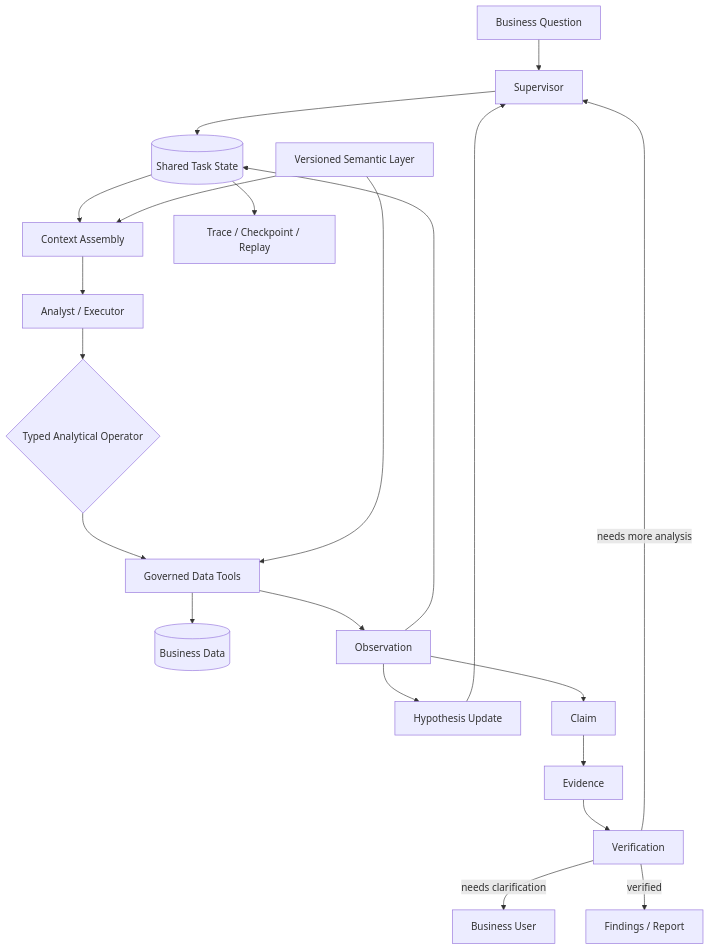
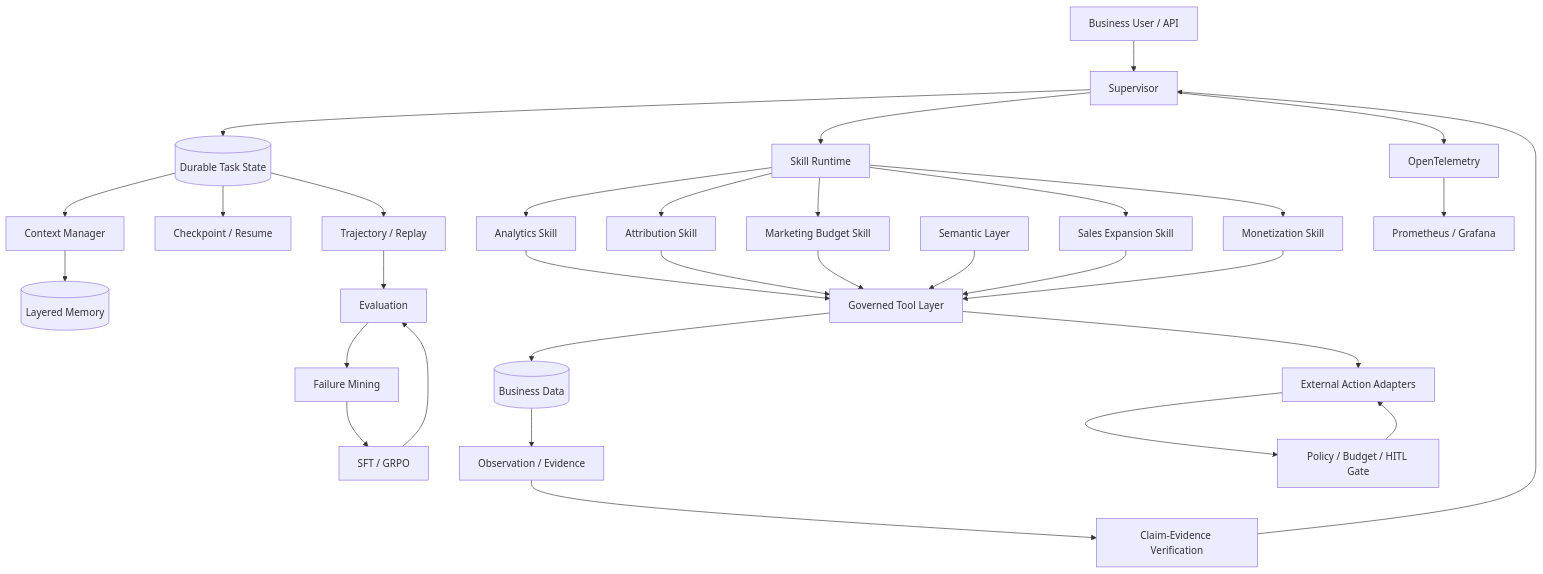
The diagram in README.md (Benjamindaoson/enterprise-data-agent), drawn with Mermaid before and after one commit. The commit also changed other lines of this file and 186 other files, not shown here.

````diff
--- a/README.md
+++ b/README.md
@@ -167,29 +171,43 @@
 ```mermaid
 flowchart TD
-    Q[Business Question] --> S[Supervisor]
-    S --> TS[(Shared Task State)]
+    U[Business User / API] --> S[Supervisor]
 
-    TS --> C[Context Assembly]
-    SL[Versioned Semantic Layer] --> C
-    C --> A[Analyst / Executor]
+    S --> TS[(Durable Task State)]
+    TS --> C[Context Manager]
+    C --> M[(Layered Memory)]
 
-    A --> OP{Typed Analytical Operator}
-    OP --> T[Governed Data Tools]
-    SL --> T
+    S --> SK[Skill Runtime]
+    SK --> A1[Analytics Skill]
+    SK --> A2[Attribution Skill]
+    SK --> A3[Marketing Budget Skill]
+    SK --> A4[Sales Expansion Skill]
+    SK --> A5[Monetization Skill]
+
+    A1 --> T[Governed Tool Layer]
+    A2 --> T
+    A3 --> T
+    A4 --> T
+    A5 --> T
+
+    SL[Semantic Layer] --> T
     T --> D[(Business Data)]
-    T --> O[Observation]
+    T --> X[External Action Adapters]
 
-    O --> TS
-    O --> H[Hypothesis Update]
-    H --> S
+    D --> O[Observation / Evidence]
+    O --> V[Claim-Evidence Verification]
+    V --> S
 
-    O --> CL[Claim]
-    CL --> E[Evidence]
-    E --> V[Verification]
+    X --> G[Policy / Budget / HITL Gate]
+    G --> X
 
-    V -->|needs more analysis| S
-    V -->|needs clarification| U[Business User]
-    V -->|verified| R[Findings / Report]
+    TS --> CP[Checkpoint / Resume]
+    TS --> TR[Trajectory / Replay]
 
-    TS --> RT[Trace / Checkpoint / Replay]
+    TR --> E[Evaluation]
+    E --> FM[Failure Mining]
+    FM --> PT[SFT / GRPO]
+    PT --> E
+
+    S --> OT[OpenTelemetry]
+    OT --> P[Prometheus / Grafana]
 ```
````
